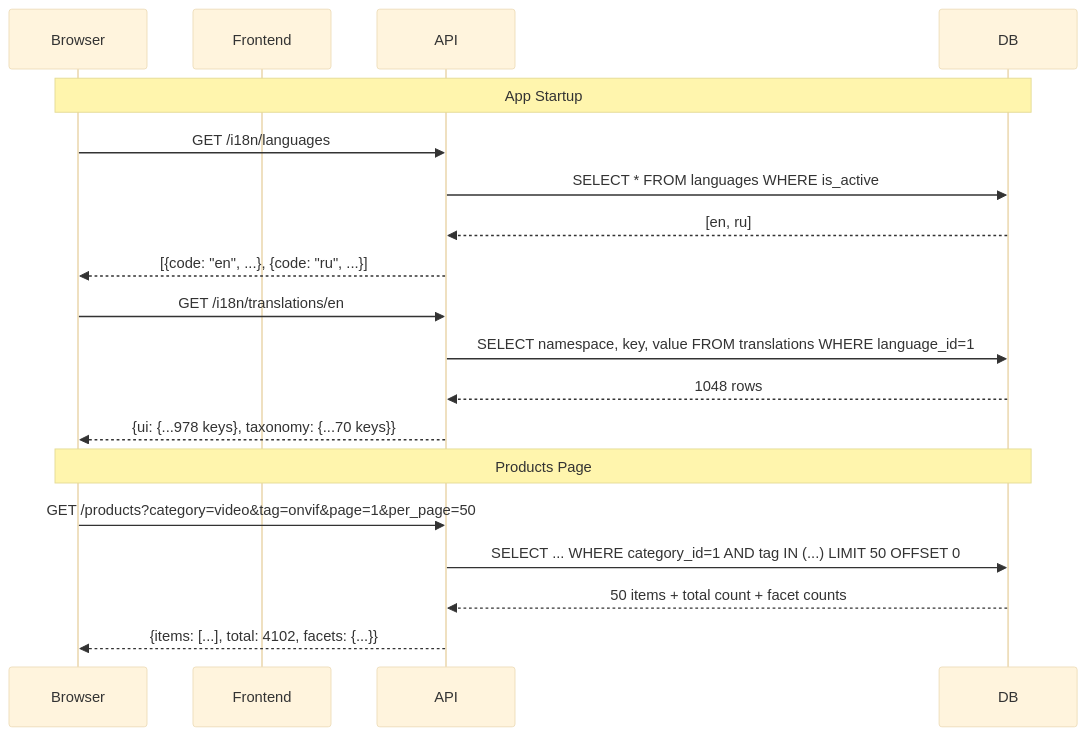
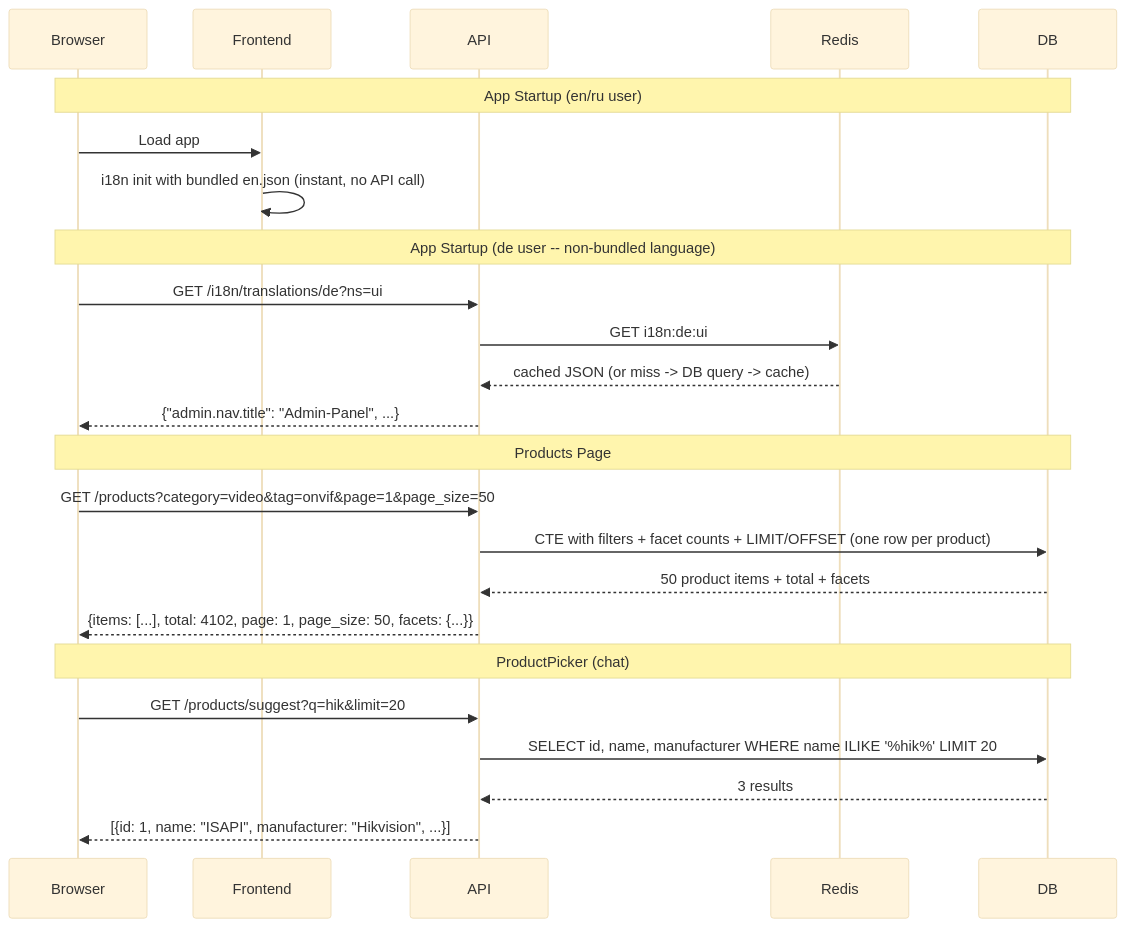
The second of 3 diagrams in architecture/TAXONOMY_I18N.md (ramazan-mamuchiev/ai_mentor), drawn with Mermaid (base theme) before and after one commit. The commit also changed other lines of this file and 51 other files, not shown here.

First line of the commit message:
feat: i18n/taxonomy system, filter sidebar, admin UI improvements

````diff
--- a/architecture/TAXONOMY_I18N.md
+++ b/architecture/TAXONOMY_I18N.md
@@ -513,24 +939,30 @@
 ```mermaid
 sequenceDiagram
     participant Browser
     participant Frontend
     participant API
+    participant Redis
     participant DB
 
-    Note over Browser,DB: App Startup
-    Browser->>API: GET /i18n/languages
-    API->>DB: SELECT * FROM languages WHERE is_active
-    DB-->>API: [en, ru]
-    API-->>Browser: [{code: "en", ...}, {code: "ru", ...}]
+    Note over Browser,DB: App Startup (en/ru user)
+    Browser->>Frontend: Load app
+    Frontend->>Frontend: i18n init with bundled en.json (instant, no API call)
 
-    Browser->>API: GET /i18n/translations/en
-    API->>DB: SELECT namespace, key, value FROM translations WHERE language_id=1
-    DB-->>API: 1048 rows
-    API-->>Browser: {ui: {...978 keys}, taxonomy: {...70 keys}}
+    Note over Browser,DB: App Startup (de user -- non-bundled language)
+    Browser->>API: GET /i18n/translations/de?ns=ui
+    API->>Redis: GET i18n:de:ui
+    Redis-->>API: cached JSON (or miss -> DB query -> cache)
+    API-->>Browser: {"admin.nav.title": "Admin-Panel", ...}
 
     Note over Browser,DB: Products Page
-    Browser->>API: GET /products?category=video&tag=onvif&page=1&per_page=50
-    API->>DB: SELECT ... WHERE category_id=1 AND tag IN (...) LIMIT 50 OFFSET 0
-    DB-->>API: 50 items + total count + facet counts
-    API-->>Browser: {items: [...], total: 4102, facets: {...}}
+    Browser->>API: GET /products?category=video&tag=onvif&page=1&page_size=50
+    API->>DB: CTE with filters + facet counts + LIMIT/OFFSET (one row per product)
+    DB-->>API: 50 product items + total + facets
+    API-->>Browser: {items: [...], total: 4102, page: 1, page_size: 50, facets: {...}}
+
+    Note over Browser,DB: ProductPicker (chat)
+    Browser->>API: GET /products/suggest?q=hik&limit=20
+    API->>DB: SELECT id, name, manufacturer WHERE name ILIKE '%hik%' LIMIT 20
+    DB-->>API: 3 results
+    API-->>Browser: [{id: 1, name: "ISAPI", manufacturer: "Hikvision", ...}]
 ```
````
